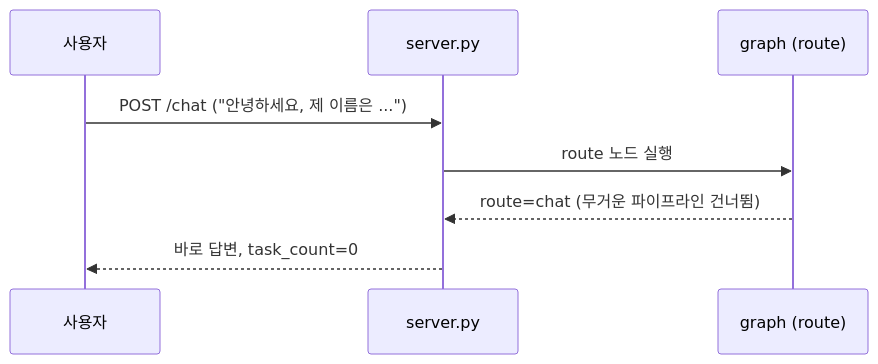
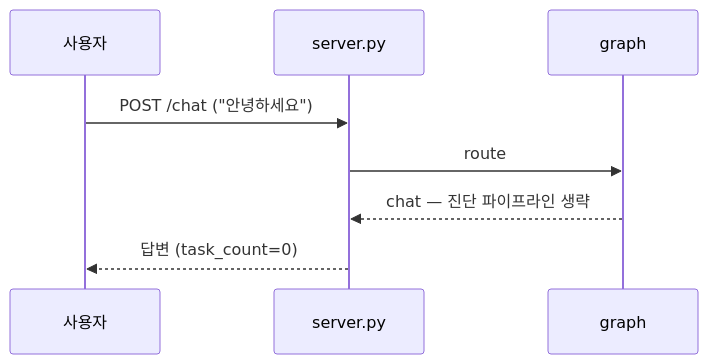
Before and after one commit to InwooLeeme/ai_mini_project: the third of 8 diagrams in doc/README.md, drawn with Mermaid. The commit also changed other lines of this file, not shown here.

````diff
--- a/doc/README.md
+++ b/doc/README.md
@@ -146,11 +99,11 @@
 ```mermaid
 sequenceDiagram
     participant U as 사용자
     participant S as server.py
-    participant G as graph (route)
+    participant G as graph
 
-    U->>S: POST /chat ("안녕하세요, 제 이름은 ...")
-    S->>G: route 노드 실행
-    G-->>S: route=chat (무거운 파이프라인 건너뜀)
-    S-->>U: 바로 답변, task_count=0
+    U->>S: POST /chat ("안녕하세요")
+    S->>G: route
+    G-->>S: chat — 진단 파이프라인 생략
+    S-->>U: 답변 (task_count=0)
 ```
````
